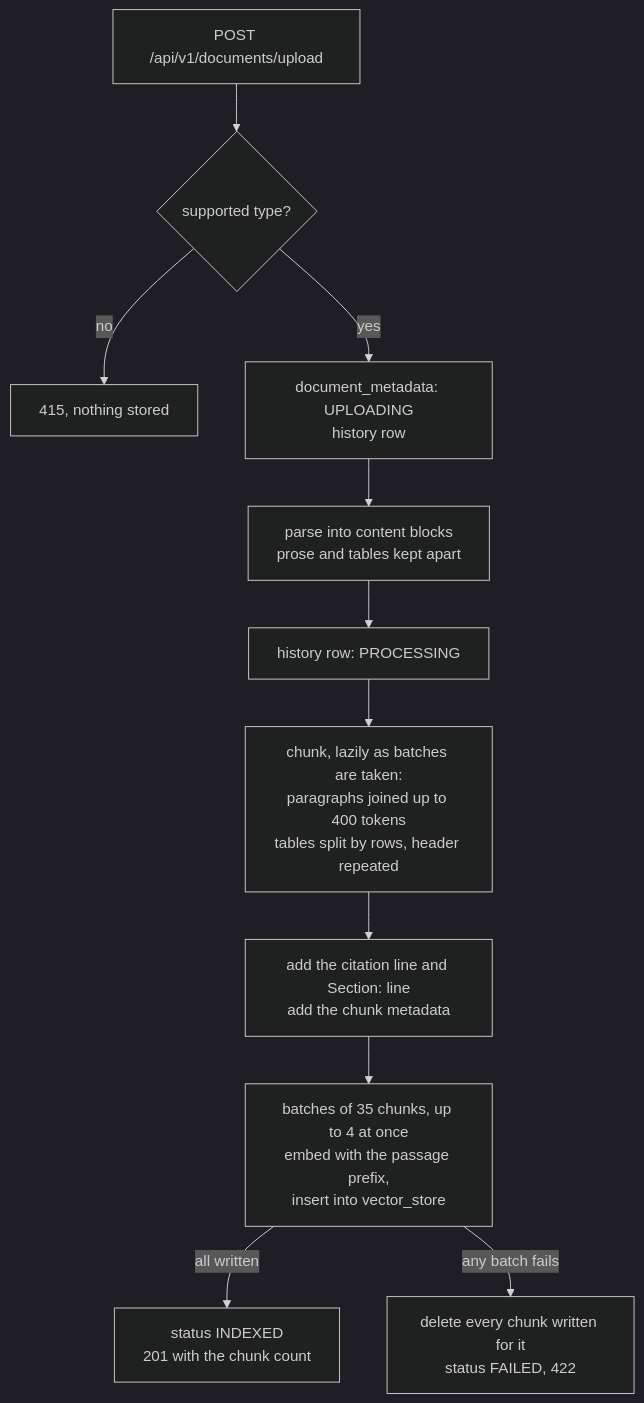
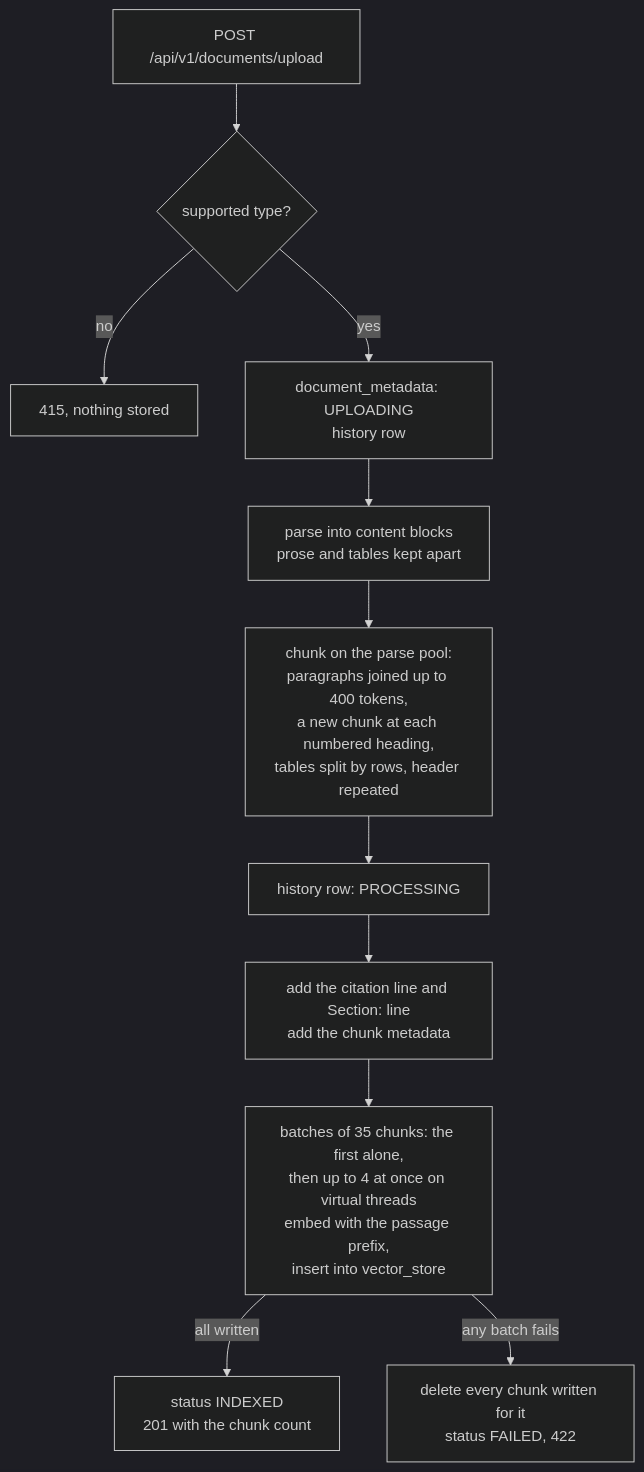
One commit to subhanmishra/spring-ai changed the diagram in ragr-ingest/README.md. Above: the diagram before and after it, drawn with Mermaid (dark theme). The commit also changed 121 other files, not shown here.

````diff
--- a/ragr-ingest/README.md
+++ b/ragr-ingest/README.md
@@ -29,13 +29,13 @@
 ```mermaid
 flowchart TD
     up[POST /api/v1/documents/upload] --> type{supported type?}
     type -- no --> r415[415, nothing stored]
     type -- yes --> meta[document_metadata: UPLOADING<br/>history row]
     meta --> parse[parse into content blocks<br/>prose and tables kept apart]
-    parse --> proc[history row: PROCESSING]
-    proc --> chunk[chunk, lazily as batches are taken:<br/>paragraphs joined up to 400 tokens<br/>tables split by rows, header repeated]
-    chunk --> head[add the citation line and Section: line<br/>add the chunk metadata]
-    head --> batch[batches of 35 chunks, up to 4 at once<br/>embed with the passage prefix,<br/>insert into vector_store]
+    parse --> chunk[chunk on the parse pool:<br/>paragraphs joined up to 400 tokens,<br/>a new chunk at each numbered heading,<br/>tables split by rows, header repeated]
+    chunk --> proc[history row: PROCESSING]
+    proc --> head[add the citation line and Section: line<br/>add the chunk metadata]
+    head --> batch[batches of 35 chunks: the first alone,<br/>then up to 4 at once on virtual threads<br/>embed with the passage prefix,<br/>insert into vector_store]
     batch -- all written --> ok[status INDEXED<br/>201 with the chunk count]
     batch -- any batch fails --> undo[delete every chunk written for it<br/>status FAILED, 422]
 ```
````
